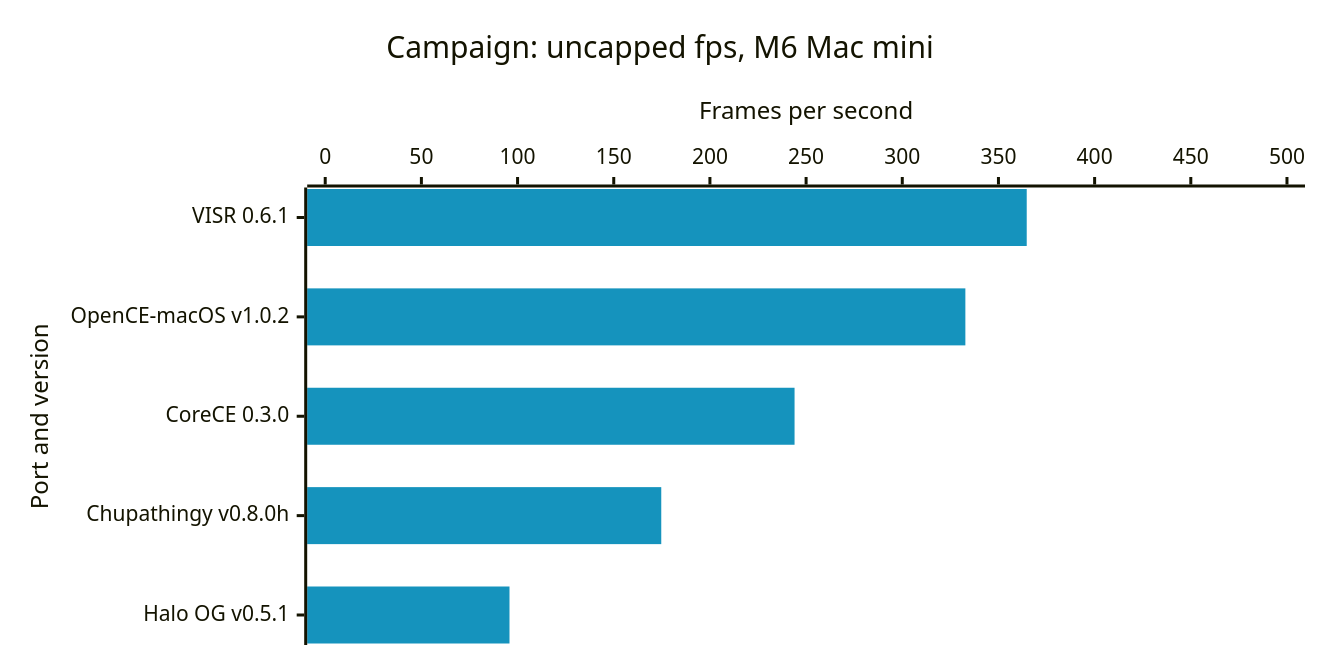
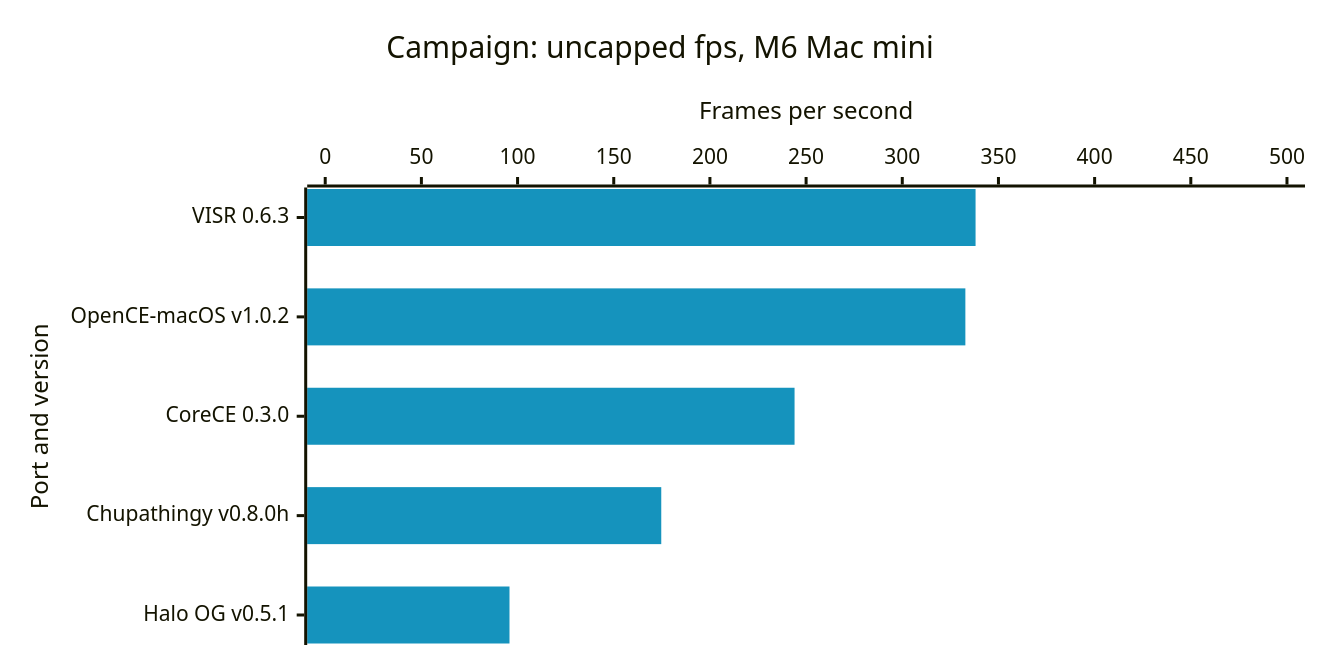
The first of 4 diagrams in docs/benchmarks.md (steverice/visr), drawn with Mermaid before and after one commit. The commit also changed other lines of this file and 4 other files, not shown here.

````diff
--- a/docs/benchmarks.md
+++ b/docs/benchmarks.md
@@ -19,16 +19,16 @@
 ```mermaid
 ---
 config:
   xyChart:
     width: 860
     height: 420
   themeVariables:
     xyChart:
       plotColorPalette: "#1593bd, #c8870a"
 ---
 xychart-beta horizontal
     title "Campaign: uncapped fps, M6 Mac mini"
-    x-axis "Port and version" ["VISR 0.6.1", "OpenCE-macOS v1.0.2", "CoreCE 0.3.0", "Chupathingy v0.8.0h", "Halo OG v0.5.1"]
+    x-axis "Port and version" ["VISR 0.6.3", "OpenCE-macOS v1.0.2", "CoreCE 0.3.0", "Chupathingy v0.8.0h", "Halo OG v0.5.1"]
     y-axis "Frames per second" 0 --> 500
-    bar [364.7, 332.8, 244, 174.7, 95.8]
+    bar [338.1, 332.8, 244, 174.7, 95.8]
 ```
````
